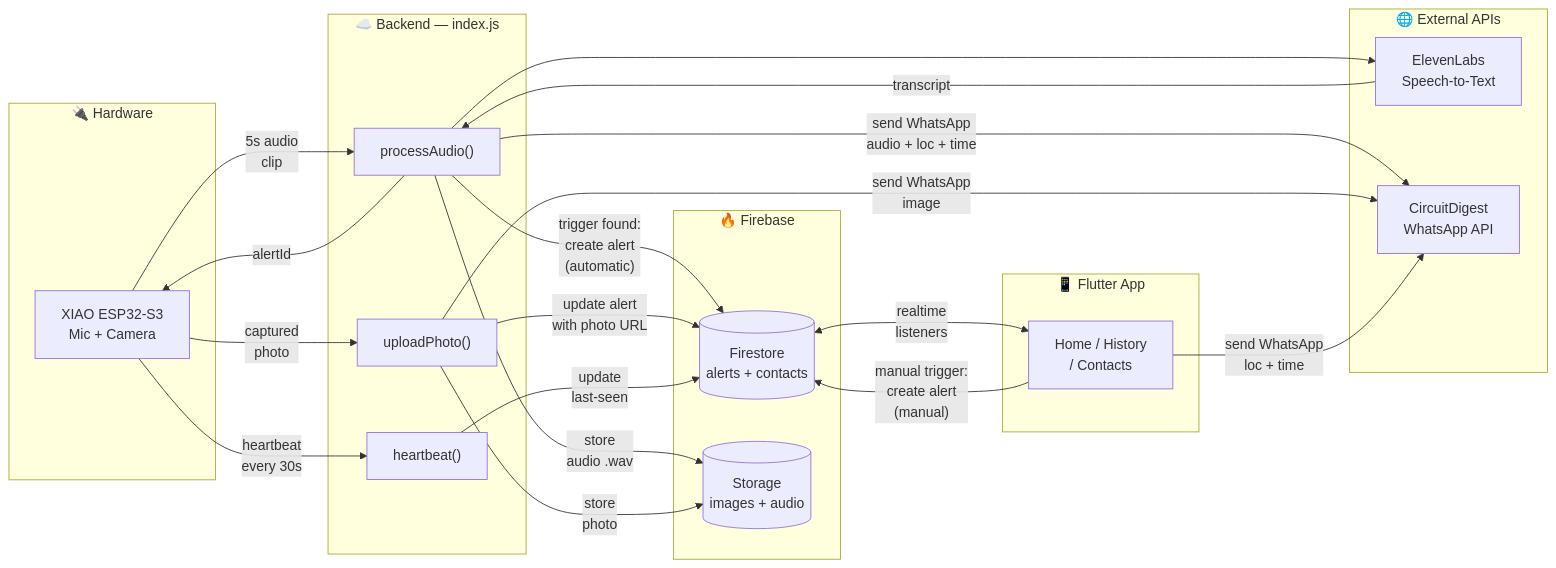
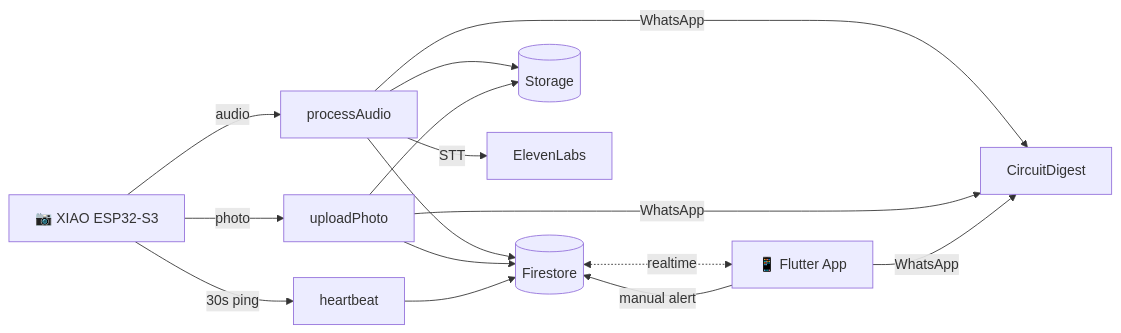
One commit to SubashreeT24/SheAlert changed the first of 2 diagrams in README.md. Above: the diagram before and after it, drawn with Mermaid. The commit also changed other lines of this file, not shown here.

First line of the commit message:
Revise README with updated architecture and flow details

````diff
--- a/README.md
+++ b/README.md
@@ -65,44 +65,24 @@
 ```mermaid
-%%{init: {"flowchart": {"nodeSpacing": 45, "rankSpacing": 60, "htmlLabels": true}}}%%
+%%{init: {"flowchart": {"nodeSpacing": 35, "rankSpacing": 50, "htmlLabels": true}}}%%
 graph LR
-    subgraph Hardware["🔌 Hardware"]
-        ESP["XIAO ESP32-S3<br/>Mic + Camera"]
-    end
+    ESP["📷 XIAO ESP32-S3"]
+    PA["processAudio"]
+    UP["uploadPhoto"]
+    HB["heartbeat"]
+    FS[("Firestore")]
+    ST[("Storage")]
+    EL["ElevenLabs"]
+    CD["CircuitDigest"]
+    FL["📱 Flutter App"]
 
-    subgraph Backend["☁️ Backend — index.js"]
-        PA["processAudio()"]
-        UP["uploadPhoto()"]
-        HB["heartbeat()"]
-    end
-
-    subgraph FB["🔥 Firebase"]
-        FS[("Firestore<br/>alerts + contacts")]
-        ST[("Storage<br/>images + audio")]
-    end
-
-    subgraph External["🌐 External APIs"]
-        EL["ElevenLabs<br/>Speech-to-Text"]
-        CD["CircuitDigest<br/>WhatsApp API"]
-    end
-
-    subgraph Mobile["📱 Flutter App"]
-        FL["Home / History<br/>/ Contacts"]
-    end
-
-    ESP -->|"5s audio<br/>clip"| PA
-    PA --> EL
-    EL -->|"transcript"| PA
-    PA -->|"trigger found:<br/>create alert<br/>(automatic)"| FS
-    PA -->|"store<br/>audio .wav"| ST
-    PA -->|"send WhatsApp<br/>audio + loc + time"| CD
-    PA -->|"alertId"| ESP
-    ESP -->|"captured<br/>photo"| UP
-    UP -->|"store<br/>photo"| ST
-    UP -->|"update alert<br/>with photo URL"| FS
-    UP -->|"send WhatsApp<br/>image"| CD
-    ESP -->|"heartbeat<br/>every 30s"| HB
-    HB -->|"update<br/>last-seen"| FS
-    FL -->|"manual trigger:<br/>create alert<br/>(manual)"| FS
-    FL -->|"send WhatsApp<br/>loc + time"| CD
-    FS <-->|"realtime<br/>listeners"| FL
+    ESP -->|audio| PA
+    ESP -->|photo| UP
+    ESP -->|30s ping| HB
+    PA -->|STT| EL
+    PA & UP -->|WhatsApp| CD
+    PA & UP & HB --> FS
+    PA & UP --> ST
+    FL -->|manual alert| FS
+    FL -->|WhatsApp| CD
+    FS <-.->|realtime| FL
 ```
````
